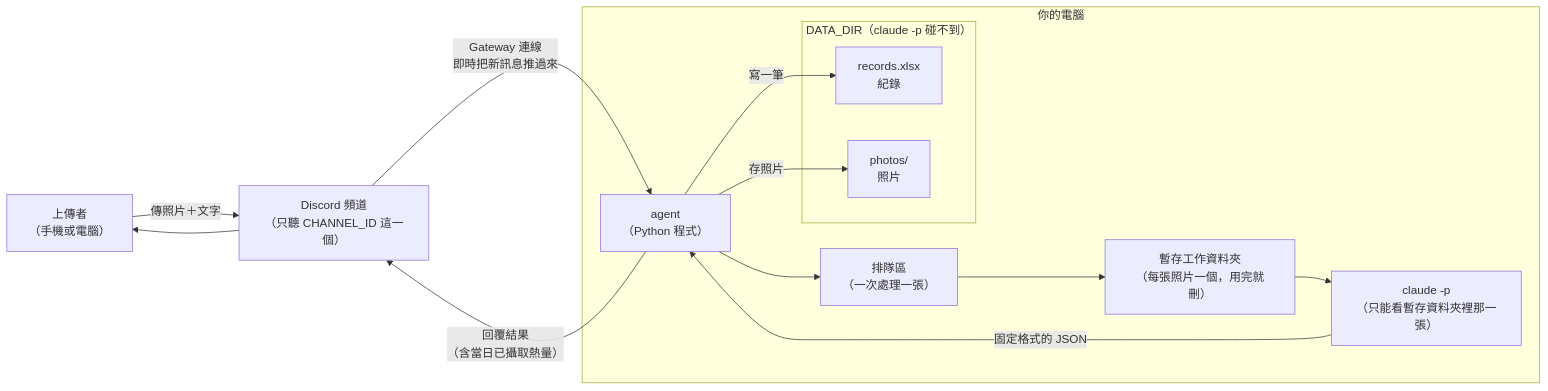
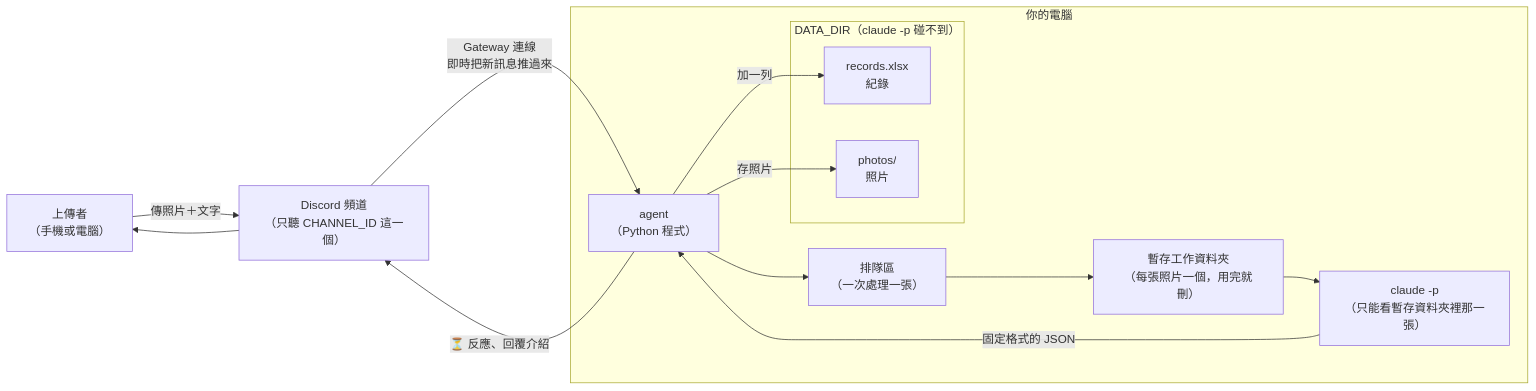
Before and after one commit to kanew0706-code/ch4: the first of 2 diagrams in docs/architecture.md, drawn with Mermaid. The commit also changed other lines of this file and 18 other files, not shown here.

````diff
--- a/docs/architecture.md
+++ b/docs/architecture.md
@@ -39,22 +39,22 @@
 ```mermaid
 flowchart LR
     U["上傳者<br/>（手機或電腦）"] -- "傳照片＋文字" --> D["Discord 頻道<br/>（只聽 CHANNEL_ID 這一個）"]
     D -- "Gateway 連線<br/>即時把新訊息推過來" --> A
 
     subgraph PC["你的電腦"]
         A["agent<br/>（Python 程式）"]
         Q["排隊區<br/>（一次處理一張）"]
         T["暫存工作資料夾<br/>（每張照片一個，用完就刪）"]
         C["claude -p<br/>（只能看暫存資料夾裡那一張）"]
         subgraph DATA["DATA_DIR（claude -p 碰不到）"]
             X["records.xlsx<br/>紀錄"]
             P["photos/<br/>照片"]
         end
         A --> Q --> T --> C
         C -- "固定格式的 JSON" --> A
-        A -- "寫一筆" --> X
+        A -- "加一列" --> X
         A -- "存照片" --> P
     end
 
-    A -- "回覆結果<br/>（含當日已攝取熱量）" --> D --> U
+    A -- "⏳ 反應、回覆介紹" --> D --> U
 ```
````
